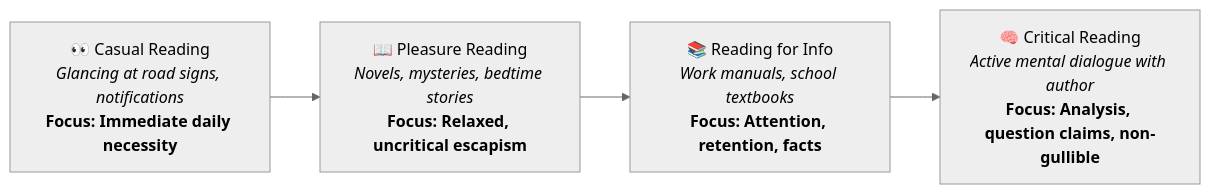
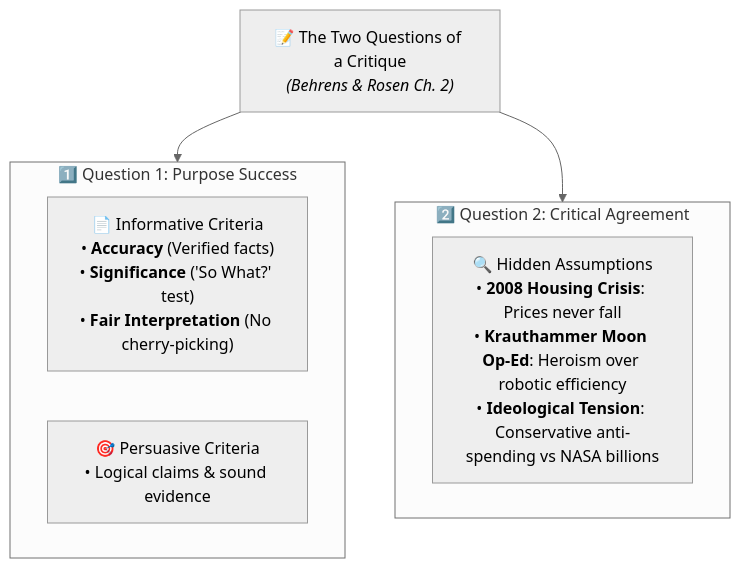
Before and after one commit to sarallabs/Production_grade: the diagram in saralvidhya-mvp/public/generated resources/philippines/rw/beginner/quiz.md, drawn with Mermaid (neutral theme). The commit also changed other lines of this file and 36 other files, not shown here.

Commit message:
feat(philippines-rw): update week 2 critical reading resources with Behrens & Rosen Ch 2 critique

````diff
--- a/saralvidhya-mvp/public/generated resources/philippines/rw/beginner/quiz.md
+++ b/saralvidhya-mvp/public/generated resources/philippines/rw/beginner/quiz.md
@@ -37,6 +7,16 @@
 ```mermaid
-flowchart LR
-    A["👀 Casual Reading<br/><i>Glancing at road signs, notifications</i><br/><b>Focus: Immediate daily necessity</b>"] --> B["📖 Pleasure Reading<br/><i>Novels, mysteries, bedtime stories</i><br/><b>Focus: Relaxed, uncritical escapism</b>"]
-    B --> C["📚 Reading for Info<br/><i>Work manuals, school textbooks</i><br/><b>Focus: Attention, retention, facts</b>"]
-    C --> D["🧠 Critical Reading<br/><i>Active mental dialogue with author</i><br/><b>Focus: Analysis, question claims, non-gullible</b>"]
+flowchart TD
+    CRITIQUE["📝 The Two Questions of a Critique<br/><i>(Behrens & Rosen Ch. 2)</i>"]
+    
+    subgraph Q1["1️⃣ Question 1: Purpose Success"]
+        Q1_INFO["📄 Informative Criteria<br/>• <b>Accuracy</b> (Verified facts)<br/>• <b>Significance</b> ('So What?' test)<br/>• <b>Fair Interpretation</b> (No cherry-picking)"]
+        Q1_PERS["🎯 Persuasive Criteria<br/>• Logical claims & sound evidence"]
+    end
+    
+    subgraph Q2["2️⃣ Question 2: Critical Agreement"]
+        Q2_ASSUMP["🔍 Hidden Assumptions<br/>• <b>2008 Housing Crisis</b>: Prices never fall<br/>• <b>Krauthammer Moon Op-Ed</b>: Heroism over robotic efficiency<br/>• <b>Ideological Tension</b>: Conservative anti-spending vs NASA billions"]
+    end
+
+    CRITIQUE --> Q1
+    CRITIQUE --> Q2
 ```
````
